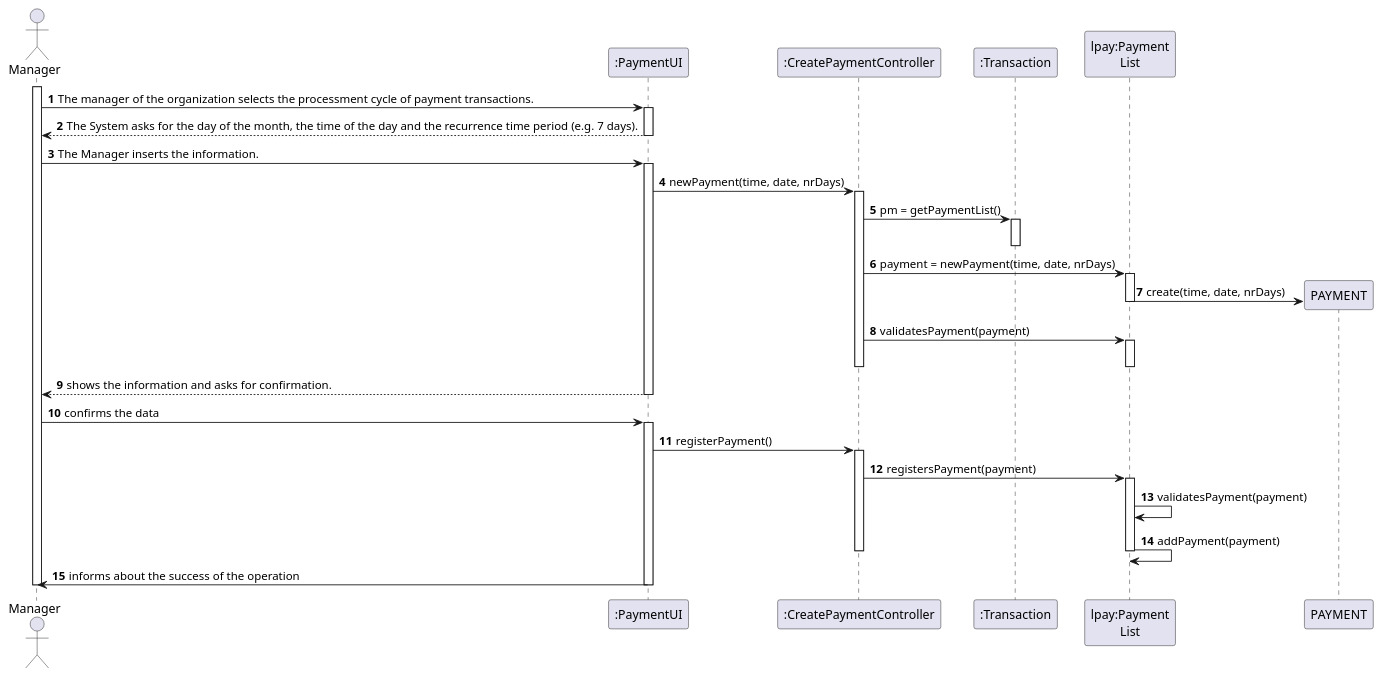
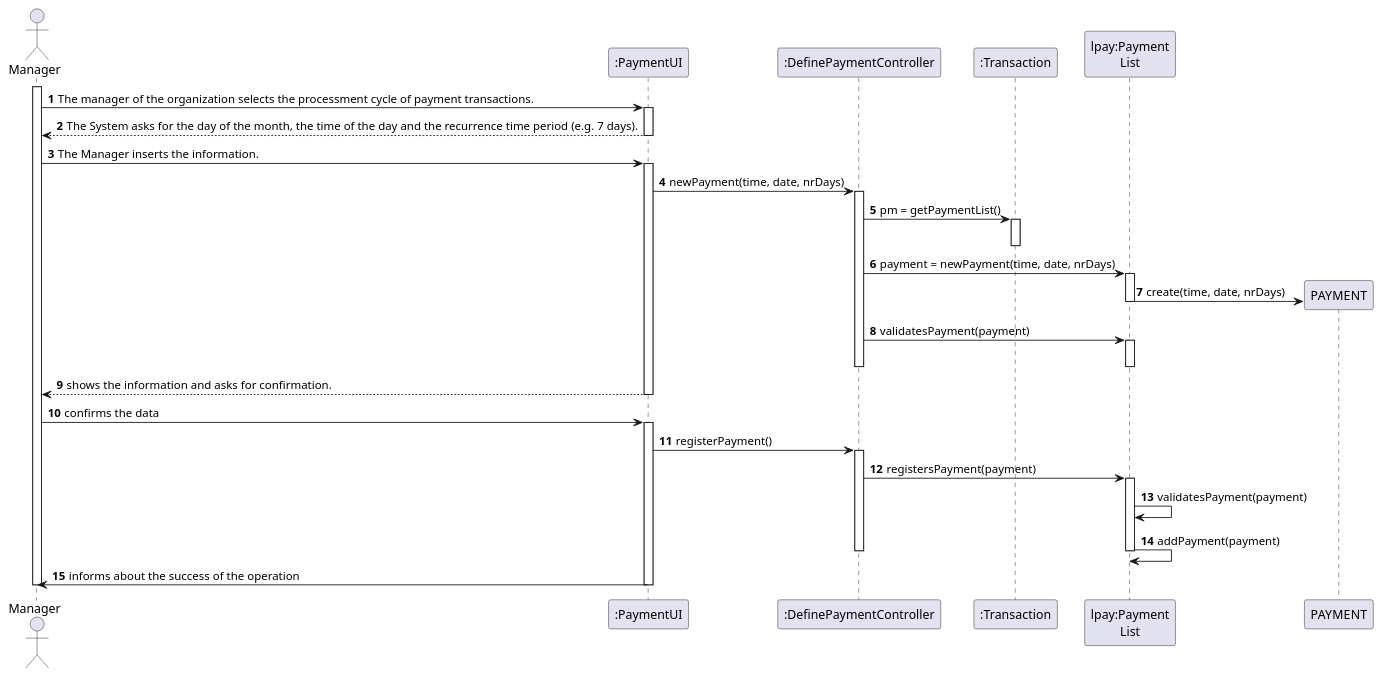
Before and after one commit to 1190452/LAPR2: the diagram in docs/UC6 - Define Payment hour/UC6_SD.PUML, drawn with PlantUML.

Commit message:
no message

```diff
--- a/docs/UC6 - Define Payment hour/UC6_SD.PUML
+++ b/docs/UC6 - Define Payment hour/UC6_SD.PUML
@@ -1,66 +1,66 @@
 @startuml
 autonumber
 'hide footbox
 actor "Manager" as ADM
 
 participant ":PaymentUI" as UI
-participant ":CreatePaymentController" as CTRL
+participant ":DefinePaymentController" as CTRL
 participant ":Transaction" as TRAN
 participant "lpay:Payment\nList" as LPAY
 
 
 activate ADM
 ADM -> UI : The manager of the organization selects the processment cycle of payment transactions.
 activate UI
 UI --> ADM : The System asks for the day of the month, the time of the day and the recurrence time period (e.g. 7 days).
 deactivate UI
 
 ADM -> UI : The Manager inserts the information.
 activate UI
 
 UI -> CTRL : newPayment(time, date, nrDays)
 activate CTRL
 
 
 CTRL -> TRAN : pm = getPaymentList()
 activate TRAN
 deactivate TRAN
 
 CTRL -> LPAY : payment = newPayment(time, date, nrDays)
 activate LPAY
 
 
 
 LPAY -> PAYMENT** : create(time, date, nrDays)
 deactivate LPAY
 
 CTRL -> LPAY : validatesPayment(payment)
 activate LPAY
 deactivate LPAY
 
 deactivate CTRL
 
 UI --> ADM : shows the information and asks for confirmation.
 deactivate UI
 
 ADM -> UI : confirms the data
 activate UI
 
 UI -> CTRL : registerPayment()
 activate CTRL
 
 CTRL -> LPAY : registersPayment(payment)
 activate LPAY
 
 LPAY -> LPAY : validatesPayment(payment)
 LPAY -> LPAY : addPayment(payment)
 deactivate LPAY
 deactivate CTRL
 
 UI -> ADM : informs about the success of the operation
 deactivate UI
 deactivate ADM
 
 
 
 @enduml
```
